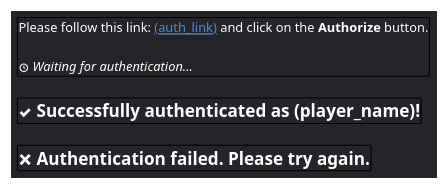
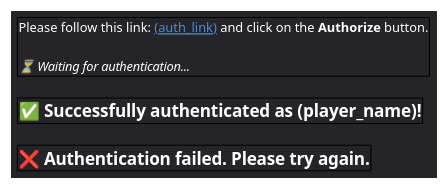
One commit to vnmc-ecosystem/vnmc-designs changed the diagram in bot-ui/login/login.puml. Above: the diagram before and after it, drawn with PlantUML. The commit also changed 11 other files, not shown here.

```diff
--- a/bot-ui/login/login.puml
+++ b/bot-ui/login/login.puml
@@ -1,22 +1,22 @@
 @startsalt login
 	<style>
 		saltDiagram {
 			BackgroundColor #242429
 		}
 	</style>
 	{
 		{+
 			<color:#ffffff>Please follow this link: <color:#4c8cda>__(auth_link)__ <color:#ffffff>and click on the **Authorize** button.
 			.
-			==== <color:#ffffff><&clock> Waiting for authentication...
+			==== <color:#ffffff>⏳ Waiting for authentication...
 		}
 		.
 		{+
-			== <color:#ffffff><&check> Successfully authenticated as (player_name)!
+			== <color:#ffffff>✅ Successfully authenticated as (player_name)!
 		}
 		.
 		{+
-			== <color:#ffffff><&x> Authentication failed. Please try again.
+			== <color:#ffffff>❌ Authentication failed. Please try again.
 		}
 	}
 @endsalt
```
